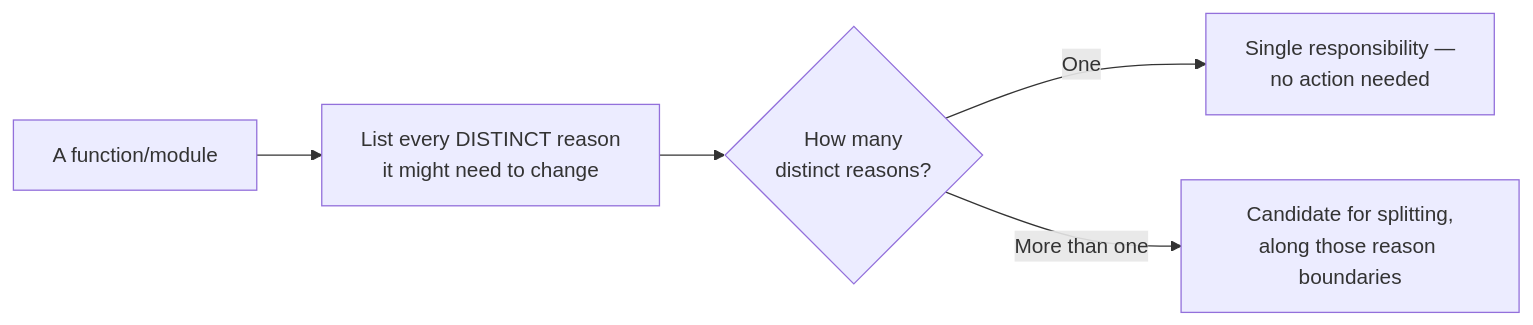
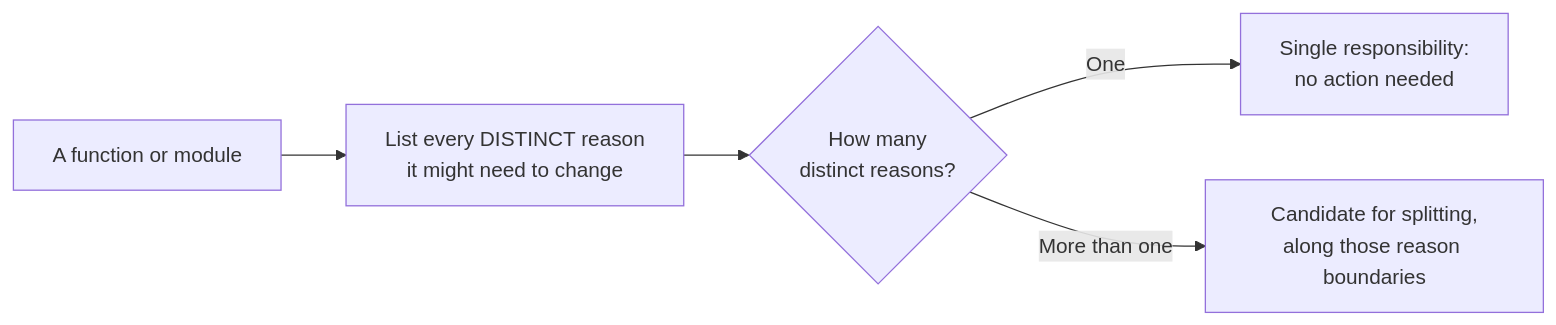
The first of 3 diagrams in src/content/software-design/single-responsibility/L2-concept.mdx (francoandreDev/knowledge), drawn with Mermaid before and after one commit. The commit also changed other lines of this file and 20 other files, not shown here.

Commit message:
Migrate quality-culture and software-design batch 1 (cost-design, single-responsibility, naming) to the three-tier exercise model

````diff
--- a/src/content/software-design/single-responsibility/L2-concept.mdx
+++ b/src/content/software-design/single-responsibility/L2-concept.mdx
@@ -43,7 +53,7 @@
 ```mermaid
 flowchart LR
-    Code["A function/module"] --> Ask["List every DISTINCT reason\nit might need to change"]
+    Code["A function or module"] --> Ask["List every DISTINCT reason\nit might need to change"]
     Ask --> Count{"How many\ndistinct reasons?"}
-    Count -- "One" --> Good["Single responsibility —\nno action needed"]
+    Count -- "One" --> Good["Single responsibility:\nno action needed"]
     Count -- "More than one" --> Split["Candidate for splitting,\nalong those reason boundaries"]
 ```
````
